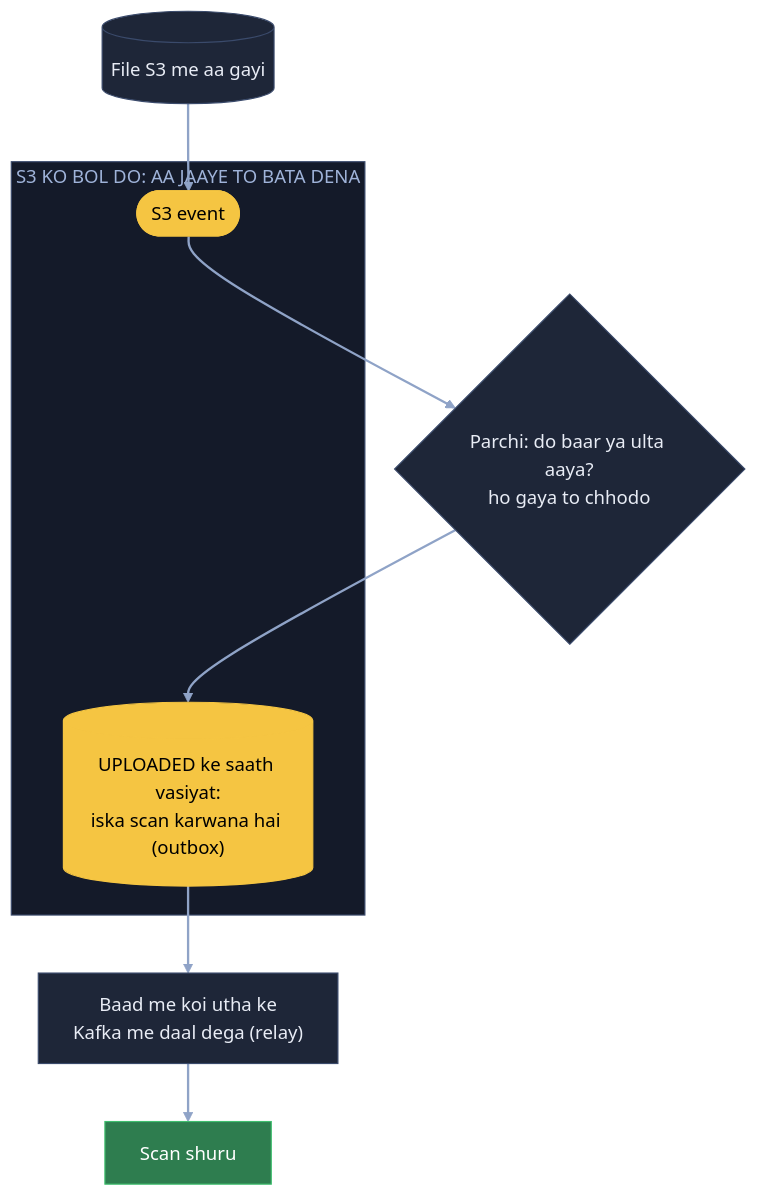
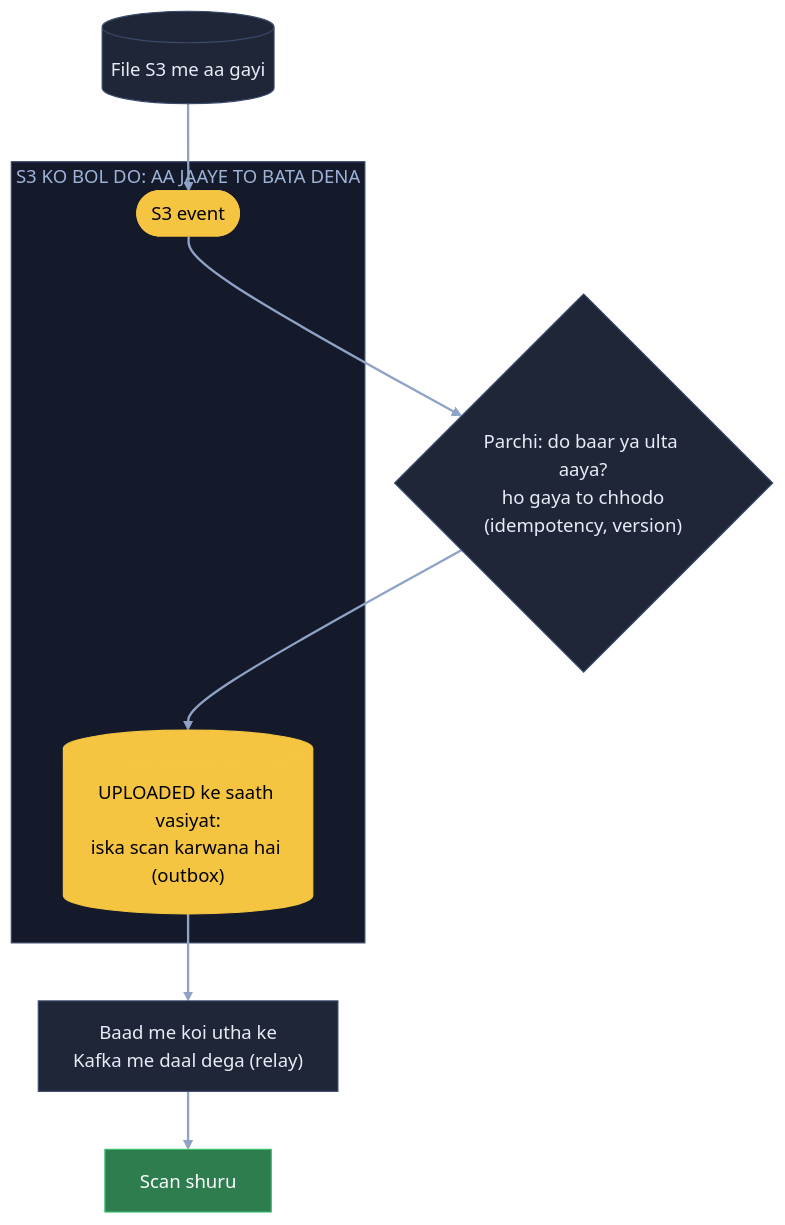
One commit to ArpanMaheshwari144/Prep changed the fourth of 10 diagrams in 04_HLD/SYSTEM_DESIGNS/07_file_upload_validate_system/07_file_upload.md. Above: the diagram before and after it, drawn with Mermaid (neutral theme). The commit also changed other lines of this file and 20 other files, not shown here.

Commit message:
HLD main files: diagram me kahani shabd + bracket me asli naam (21 design, 182 label)

````diff
--- a/04_HLD/SYSTEM_DESIGNS/07_file_upload_validate_system/07_file_upload.md
+++ b/04_HLD/SYSTEM_DESIGNS/07_file_upload_validate_system/07_file_upload.md
@@ -210,22 +210,22 @@
 ```mermaid
 flowchart TB
     S3[("File S3 me aa gayi")]:::card
     subgraph SB["S3 KO BOL DO: AA JAAYE TO BATA DENA"]
         E(["S3 event"]):::pill
         V[("UPLOADED ke saath vasiyat:<br/>iska scan karwana hai (outbox)")]:::pill
     end
     R["Baad me koi utha ke<br/>Kafka me daal dega (relay)"]:::card
-    P{"Parchi: do baar ya ulta aaya?<br/>ho gaya to chhodo"}:::card
+    P{"Parchi: do baar ya ulta aaya?<br/>ho gaya to chhodo<br/>(idempotency, version)"}:::card
     W["Scan shuru"]:::good
     S3 --> E
     E --> P
     P --> V
     V --> R
     R --> W
     linkStyle default stroke:#8fa3c7,stroke-width:2px
     classDef card fill:#1e2638,stroke:#3a4a6b,color:#e8ecf5
     classDef pill fill:#f5c542,stroke:#f5c542,color:#000
     classDef good fill:#2e7d4f,stroke:#3fbf6f,color:#fff
     classDef bad fill:#5c1f24,stroke:#e05561,color:#fff
     style SB fill:#141a29,stroke:#3a4a6b,color:#9fb3d9
 ```
````
